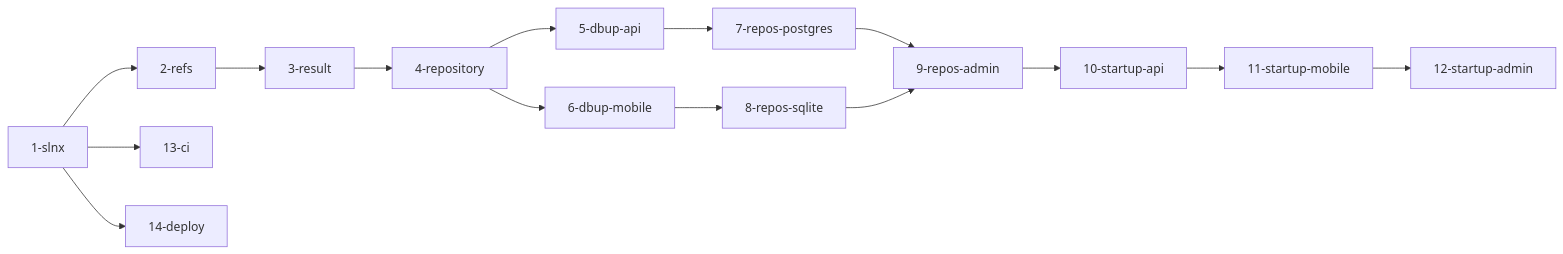
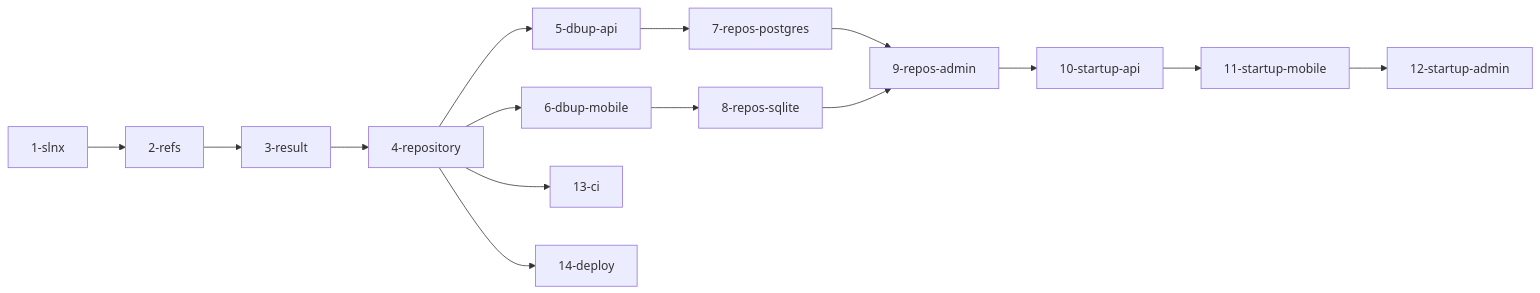
Before and after one commit to carloscampos2014/ProvaVida: the diagram in .kiro/specs/fase-0-scaffolding/tasks.md, drawn with Mermaid. The commit also changed other lines of this file, not shown here.

Commit message:
docs(spec): adicionar JSON wave definitions no Task Dependency Graph

````diff
--- a/.kiro/specs/fase-0-scaffolding/tasks.md
+++ b/.kiro/specs/fase-0-scaffolding/tasks.md
@@ -123,17 +130,17 @@
 ```mermaid
 graph LR
   T1[1-slnx] --> T2[2-refs]
   T2 --> T3[3-result]
   T3 --> T4[4-repository]
   T4 --> T5[5-dbup-api]
   T4 --> T6[6-dbup-mobile]
+  T4 --> T13[13-ci]
+  T4 --> T14[14-deploy]
   T5 --> T7[7-repos-postgres]
   T6 --> T8[8-repos-sqlite]
   T7 --> T9[9-repos-admin]
   T8 --> T9
   T9 --> T10[10-startup-api]
   T10 --> T11[11-startup-mobile]
   T11 --> T12[12-startup-admin]
-  T1 --> T13[13-ci]
-  T1 --> T14[14-deploy]
 ```
````
